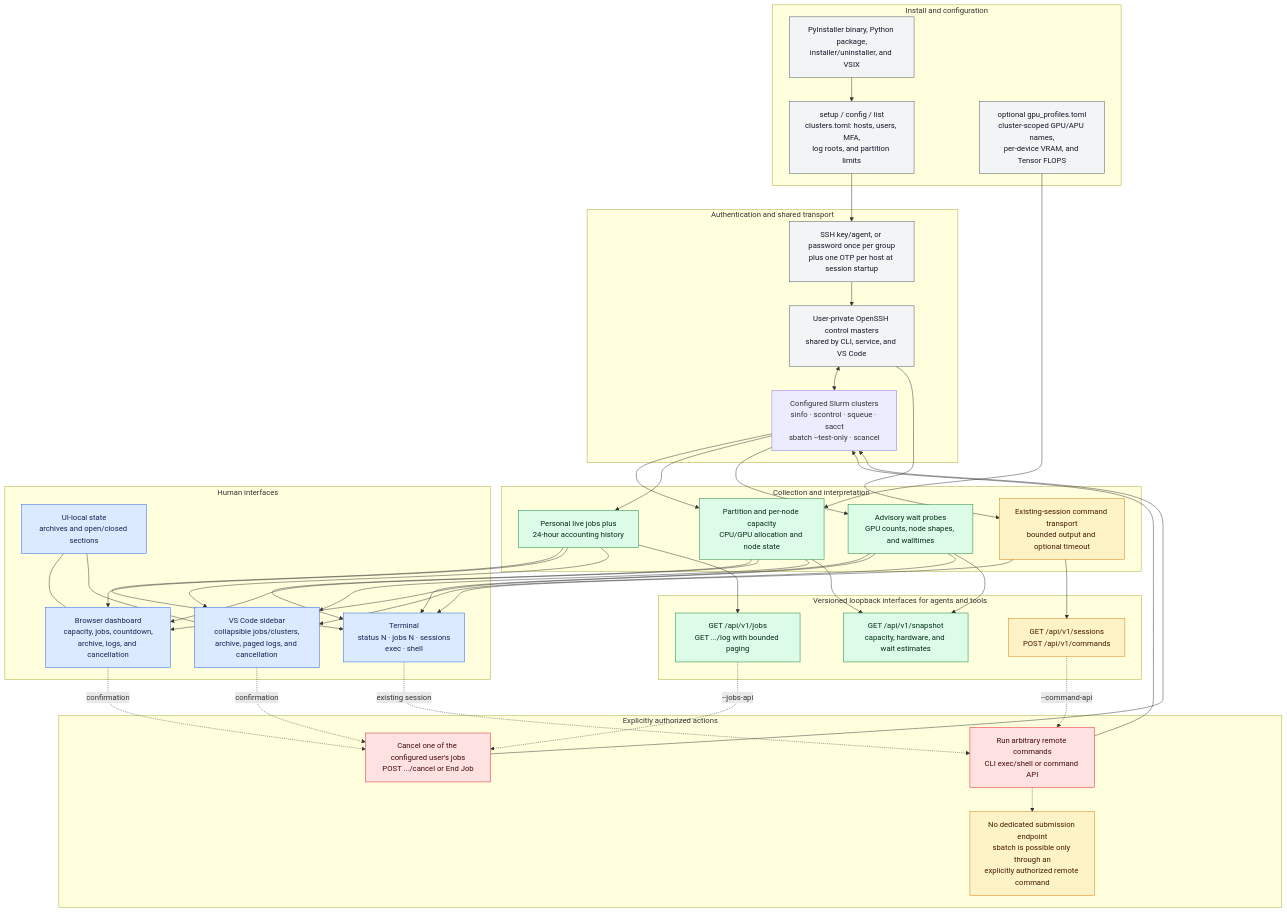
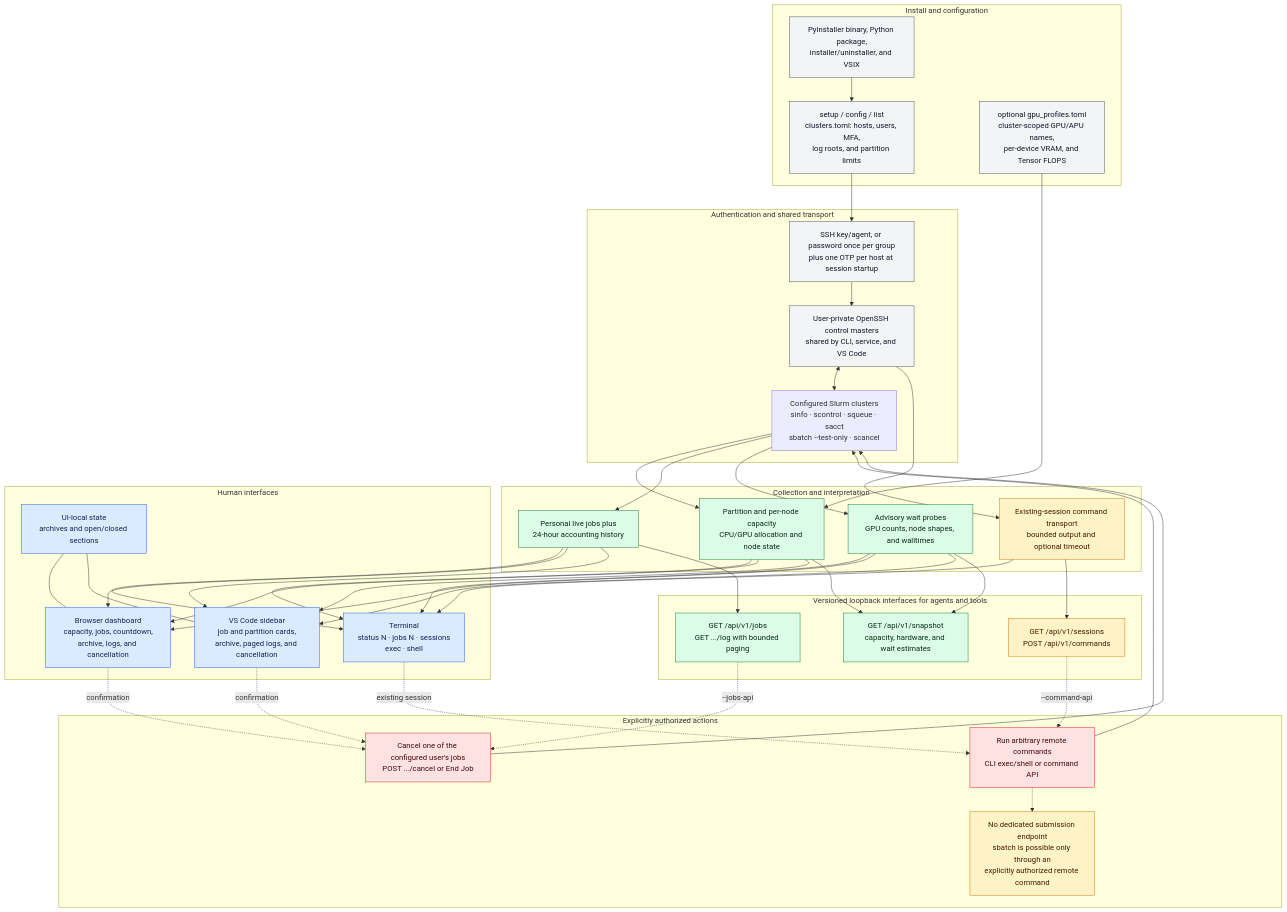
The diagram in README.md (CameronBraunstein/cluster-watcher), drawn with Mermaid before and after one commit. The commit also changed other lines of this file and 11 other files, not shown here.

```diff
--- a/README.md
+++ b/README.md
@@ -55,7 +1173,7 @@
     subgraph human["Human interfaces"]
         Terminal["Terminal<br/>status N · jobs N · sessions<br/>exec · shell"]
         Browser["Browser dashboard<br/>capacity, jobs, countdown,<br/>archive, logs, and cancellation"]
-        VSCode["VS Code sidebar<br/>collapsible jobs/clusters,<br/>archive, paged logs, and cancellation"]
+        VSCode["VS Code sidebar<br/>job and partition cards,<br/>archive, paged logs, and cancellation"]
         LocalState["UI-local state<br/>archives and open/closed sections"]
         LocalState --- Browser
         LocalState --- VSCode
```
